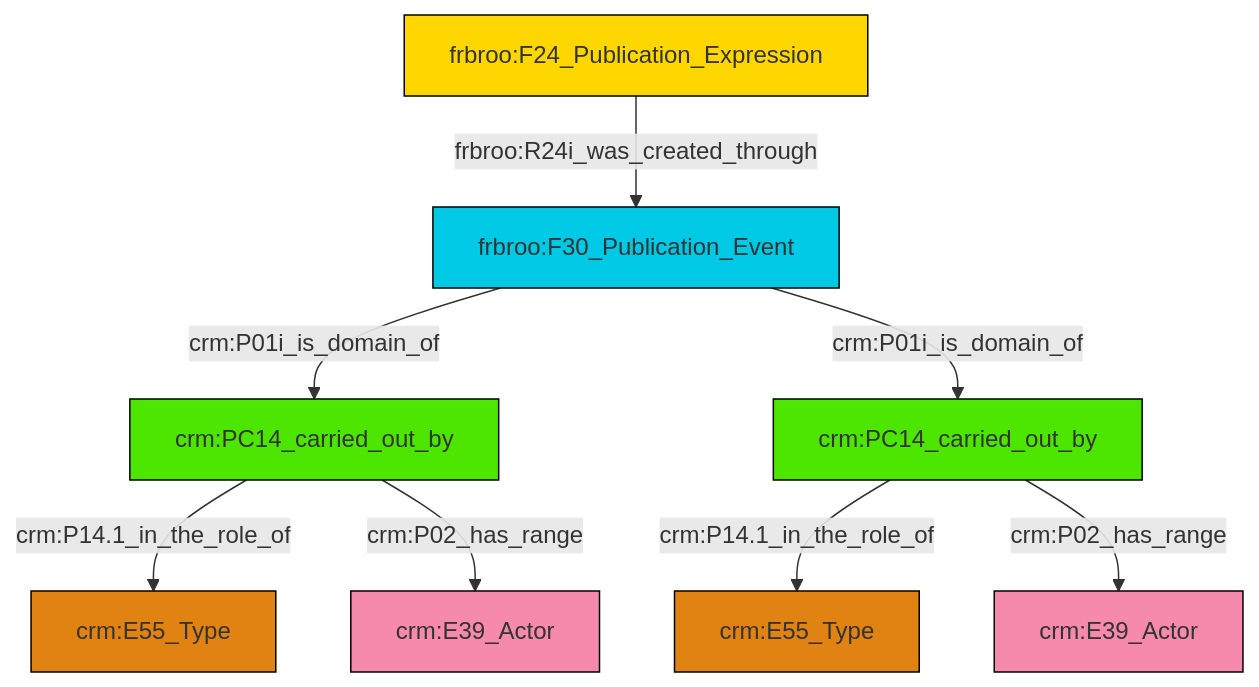
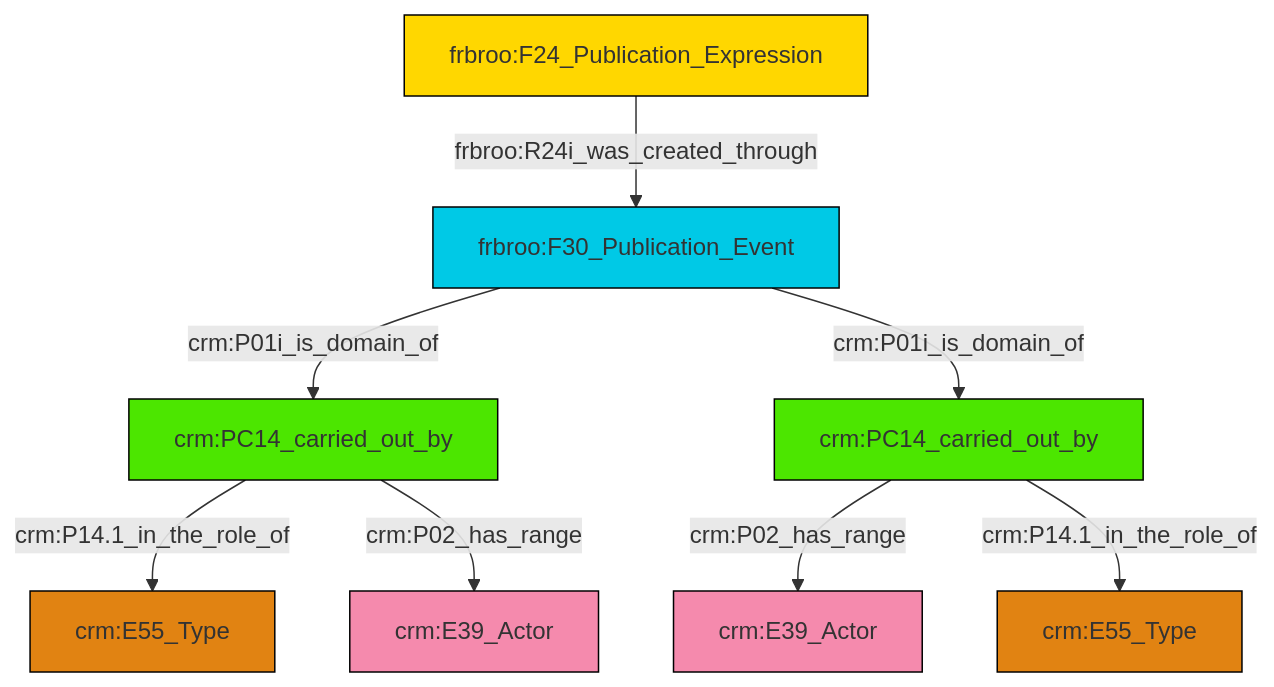
Before and after one commit to swiss-art-research-net/reference-data-models: the diagram in et/biblioCSV/ttl/mmd/biblio_actor_relations.ttl.mmd, drawn with Mermaid. The commit also changed 125 other files, not shown here.

```diff
--- a/et/biblioCSV/ttl/mmd/biblio_actor_relations.ttl.mmd
+++ b/et/biblioCSV/ttl/mmd/biblio_actor_relations.ttl.mmd
@@ -1,22 +1,22 @@
 graph TD
 classDef Literal fill:#f2f2f2,stroke:#000000;
 classDef CRM_Entity fill:#FFFFFF,stroke:#000000;
 classDef Temporal_Entity fill:#00C9E6, stroke:#000000;
 classDef Type fill:#E18312, stroke:#000000;
 classDef Time-Span fill:#2C9C91, stroke:#000000;
 classDef Appellation fill:#FFEB7F, stroke:#000000;
 classDef Place fill:#008836, stroke:#000000;
 classDef Persistent_Item fill:#B266B2, stroke:#000000;
 classDef Conceptual_Object fill:#FFD700, stroke:#000000;
 classDef Physical_Thing fill:#D2B48C, stroke:#000000;
 classDef Actor fill:#f58aad, stroke:#000000;
 classDef PC_Classes fill:#4ce600, stroke:#000000;
 classDef Multi fill:#cccccc,stroke:#000000;
 
-0["frbroo:F30_Publication_Event"]:::Temporal_Entity -->|crm:P01i_is_domain_of| 1["crm:PC14_carried_out_by"]:::PC_Classes
-2["crm:PC14_carried_out_by"]:::PC_Classes -->|crm:P14.1_in_the_role_of| 3["crm:E55_Type"]:::Type
-1["crm:PC14_carried_out_by"]:::PC_Classes -->|crm:P14.1_in_the_role_of| 9["crm:E55_Type"]:::Type
-1["crm:PC14_carried_out_by"]:::PC_Classes -->|crm:P02_has_range| 10["crm:E39_Actor"]:::Actor
-2["crm:PC14_carried_out_by"]:::PC_Classes -->|crm:P02_has_range| 12["crm:E39_Actor"]:::Actor
-6["frbroo:F24_Publication_Expression"]:::Conceptual_Object -->|frbroo:R24i_was_created_through| 0["frbroo:F30_Publication_Event"]:::Temporal_Entity
-0["frbroo:F30_Publication_Event"]:::Temporal_Entity -->|crm:P01i_is_domain_of| 2["crm:PC14_carried_out_by"]:::PC_Classes
+0["frbroo:F24_Publication_Expression"]:::Conceptual_Object -->|frbroo:R24i_was_created_through| 1["frbroo:F30_Publication_Event"]:::Temporal_Entity
+1["frbroo:F30_Publication_Event"]:::Temporal_Entity -->|crm:P01i_is_domain_of| 2["crm:PC14_carried_out_by"]:::PC_Classes
+1["frbroo:F30_Publication_Event"]:::Temporal_Entity -->|crm:P01i_is_domain_of| 7["crm:PC14_carried_out_by"]:::PC_Classes
+7["crm:PC14_carried_out_by"]:::PC_Classes -->|crm:P02_has_range| 10["crm:E39_Actor"]:::Actor
+2["crm:PC14_carried_out_by"]:::PC_Classes -->|crm:P14.1_in_the_role_of| 8["crm:E55_Type"]:::Type
+7["crm:PC14_carried_out_by"]:::PC_Classes -->|crm:P14.1_in_the_role_of| 3["crm:E55_Type"]:::Type
+2["crm:PC14_carried_out_by"]:::PC_Classes -->|crm:P02_has_range| 5["crm:E39_Actor"]:::Actor
```
